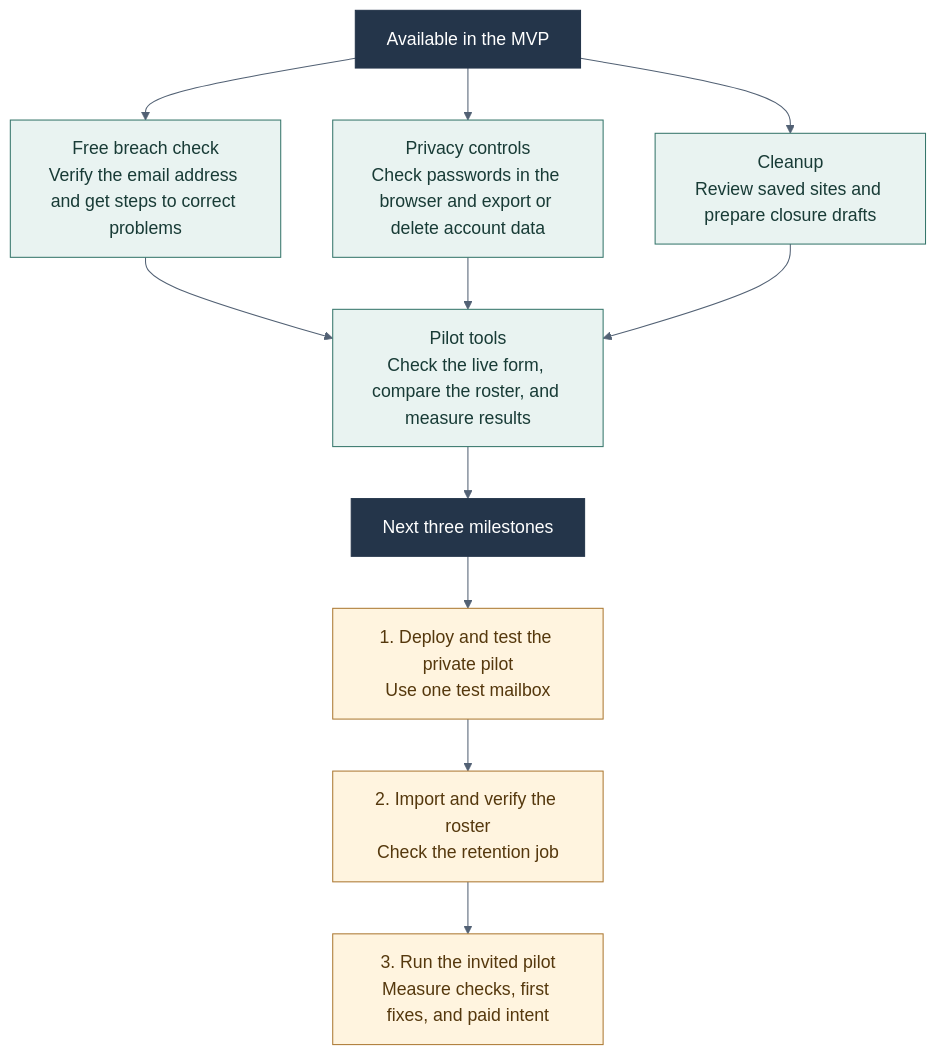
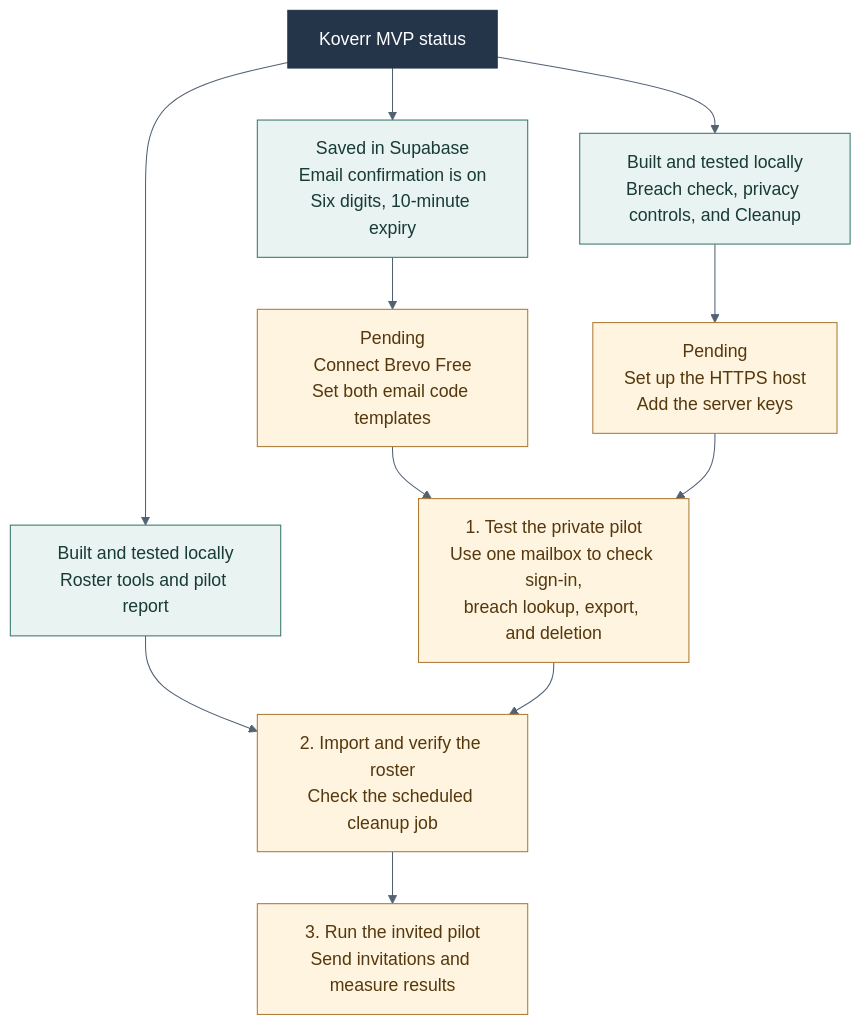
One commit to AdrianKondrat/privacy_agent changed the diagram in MVP/diagrams/mvp-development.mmd. Above: the diagram before and after it, drawn with Mermaid. The commit also changed 4 other files, not shown here.

Commit message:
Update the pilot handover and milestone diagram

```diff
--- a/MVP/diagrams/mvp-development.mmd
+++ b/MVP/diagrams/mvp-development.mmd
@@ -1,19 +1,19 @@
 %%{init: {"theme": "base", "flowchart": {"htmlLabels": false}, "themeVariables": {"fontFamily": "Arial", "fontSize": "17px", "lineColor": "#526174"}}}%%
 graph TD
-  Built["Available in the MVP"]
-  Built --> A["Free breach check<br/>Verify the email address and get steps to correct problems"]
-  Built --> B["Privacy controls<br/>Check passwords in the browser and export or delete account data"]
-  Built --> C["Cleanup<br/>Review saved sites and prepare closure drafts"]
-  A --> D["Pilot tools<br/>Check the live form, compare the roster, and measure results"]
-  B --> D
-  C --> D
-  D --> Next["Next three milestones"]
-  Next --> E["1. Deploy and test the private pilot<br/>Use one test mailbox"]
-  E --> F["2. Import and verify the roster<br/>Check the retention job"]
-  F --> G["3. Run the invited pilot<br/>Measure checks, first fixes, and paid intent"]
+  Built["Koverr MVP status"]
+  Built --> A["Built and tested locally<br/>Breach check, privacy controls, and Cleanup"]
+  Built --> B["Built and tested locally<br/>Roster tools and pilot report"]
+  Built --> C["Saved in Supabase<br/>Email confirmation is on<br/>Six digits, 10-minute expiry"]
+  C --> D["Pending<br/>Connect Brevo Free<br/>Set both email code templates"]
+  A --> H["Pending<br/>Set up the HTTPS host<br/>Add the server keys"]
+  D --> E["1. Test the private pilot<br/>Use one mailbox to check sign-in,<br/>breach lookup, export, and deletion"]
+  H --> E
+  B --> F["2. Import and verify the roster<br/>Check the scheduled cleanup job"]
+  E --> F
+  F --> G["3. Run the invited pilot<br/>Send invitations and measure results"]
   classDef headings fill:#24354a,stroke:#24354a,color:#fff;
   classDef built fill:#e9f3f1,stroke:#36766b,color:#183b36;
   classDef next fill:#fff4df,stroke:#ac7933,color:#55380d;
-  class Built,Next headings;
-  class A,B,C,D built;
-  class E,F,G next;
+  class Built headings;
+  class A,B,C built;
+  class D,H,E,F,G next;
```
